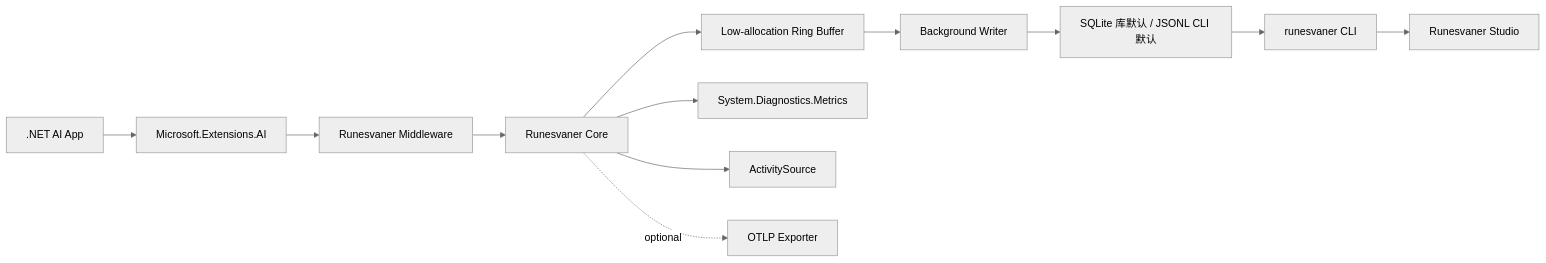
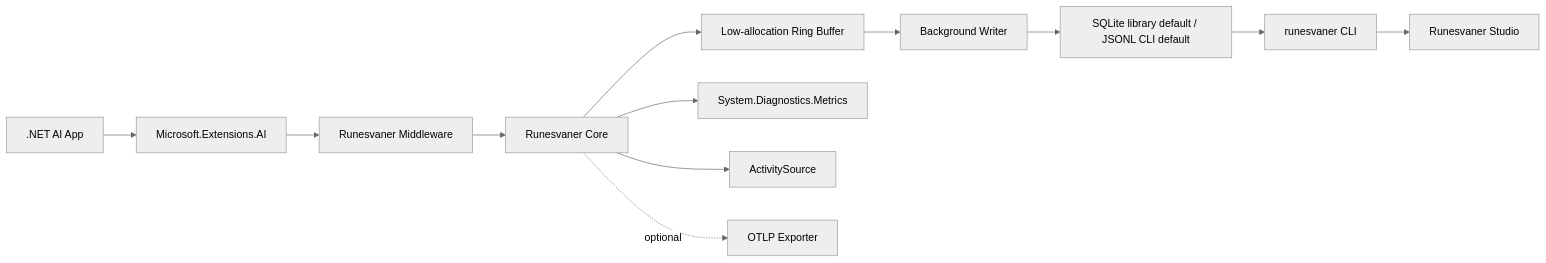
One commit to karlmoriaty/runesvaner changed the diagram in README.md. Above: the diagram before and after it, drawn with Mermaid (neutral theme). The commit also changed other lines of this file and 43 other files, not shown here.

````diff
--- a/README.md
+++ b/README.md
@@ -97,14 +98,14 @@
 ```mermaid
 flowchart LR
     App[.NET AI App] --> MEAI[Microsoft.Extensions.AI]
     MEAI --> MW[Runesvaner Middleware]
     MW --> Core[Runesvaner Core]
     Core --> Ring[Low-allocation Ring Buffer]
     Ring --> Writer[Background Writer]
-    Writer --> Store[SQLite 库默认 / JSONL CLI 默认]
+    Writer --> Store[SQLite library default / JSONL CLI default]
     Core --> Meter[System.Diagnostics.Metrics]
     Core --> Activity[ActivitySource]
     Core -. optional .-> OTel[OTLP Exporter]
     Store --> CLI[runesvaner CLI]
     CLI --> Studio[Runesvaner Studio]
 ```
````
